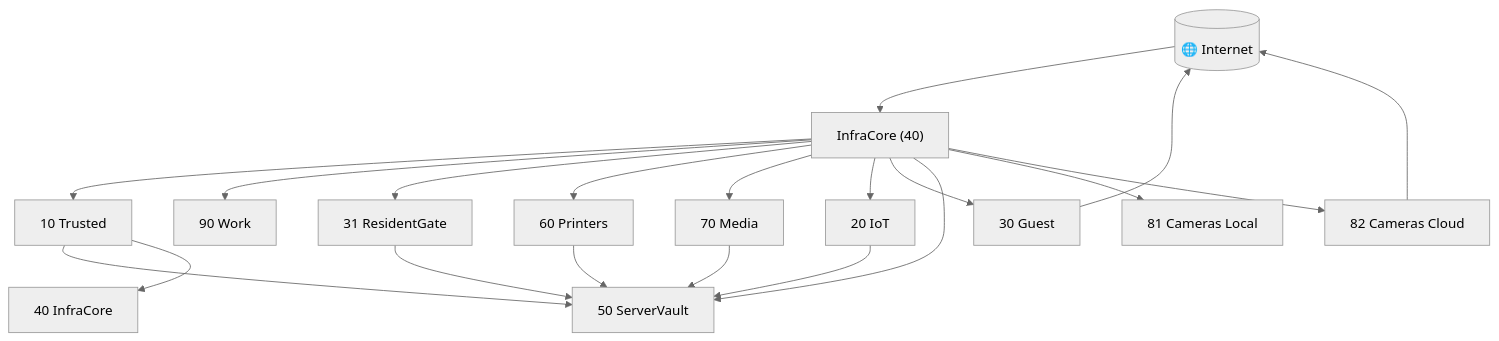
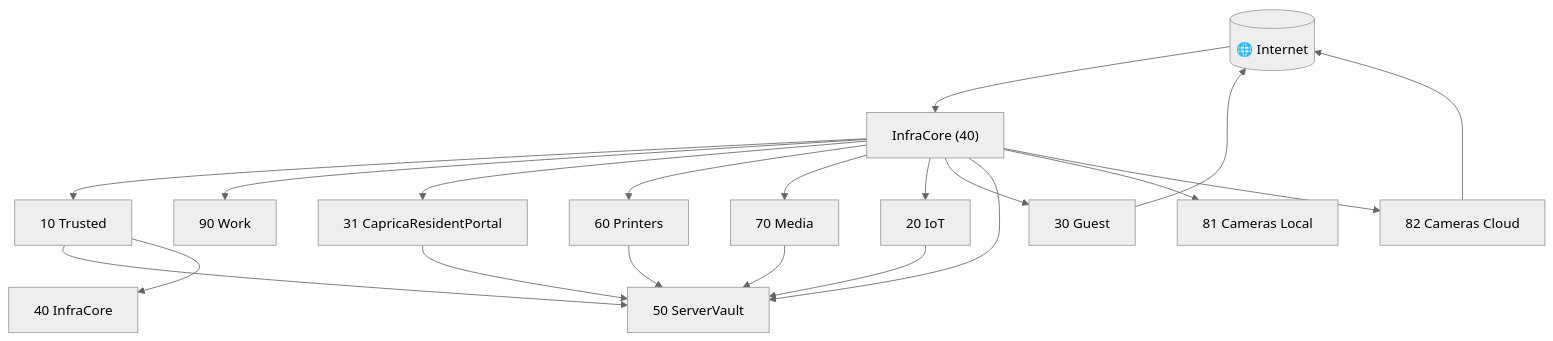
One commit to th3Wheel/Battlestar-Ventana-Network-Blueprint changed the diagram in network-map.md. Above: the diagram before and after it, drawn with Mermaid (neutral theme). The commit also changed other lines of this file and 13 other files, not shown here.

````diff
--- a/network-map.md
+++ b/network-map.md
@@ -36,37 +36,37 @@
 ```mermaid
 flowchart TB
     Internet[(🌐 Internet)]
     Core["InfraCore (40)"]
 
     V10["10 Trusted"]
     V90["90 Work"]
-    V31["31 ResidentGate"]
+    V31["31 CapricaResidentPortal"]
     V60["60 Printers"]
     V70["70 Media"]
     V20["20 IoT"]
     V30["30 Guest"]
     V50["50 ServerVault"]
     V81["81 Cameras Local"]
     V82["82 Cameras Cloud"]
 
     Internet --> Core
     Core --> V10
     Core --> V90
     Core --> V31
     Core --> V60
     Core --> V70
     Core --> V20
     Core --> V30
     Core --> V50
     Core --> V81
     Core --> V82
 
     V10 --> V50
     V10 --> V40["40 InfraCore"]
     V31 --> V50
     V60 --> V50
     V70 --> V50
     V20 --> V50
     V30 --> Internet
     V82 --> Internet
 ```
````
